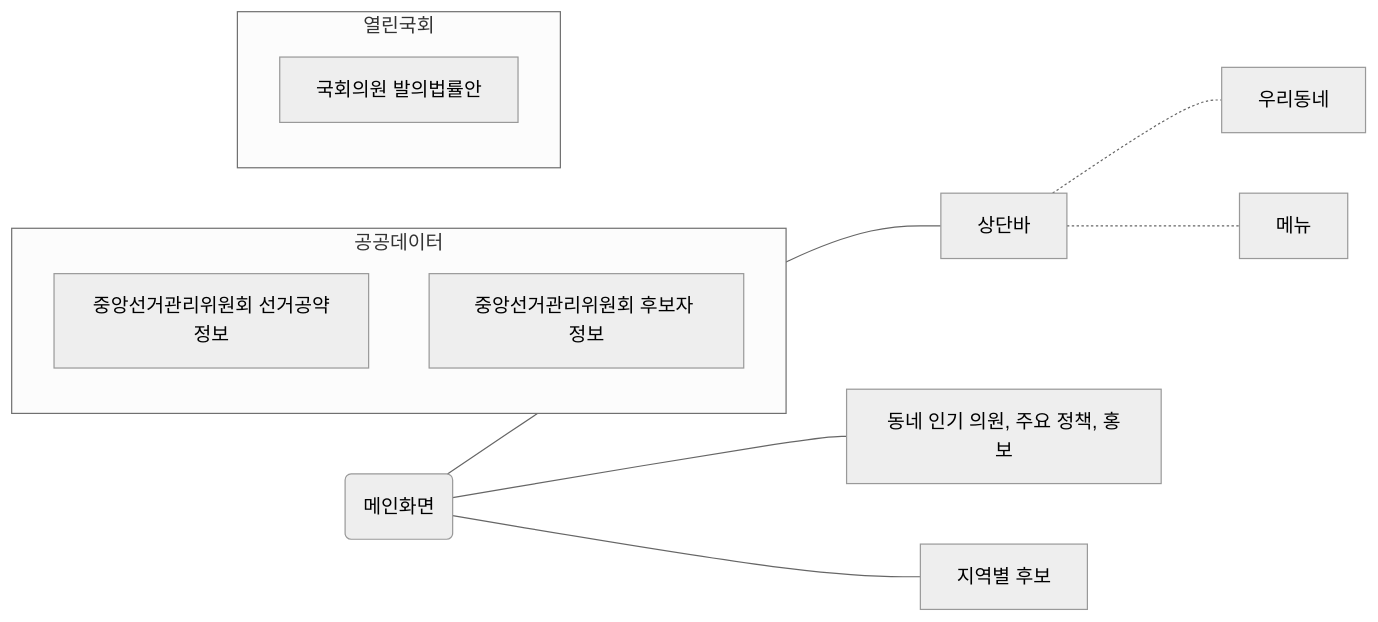
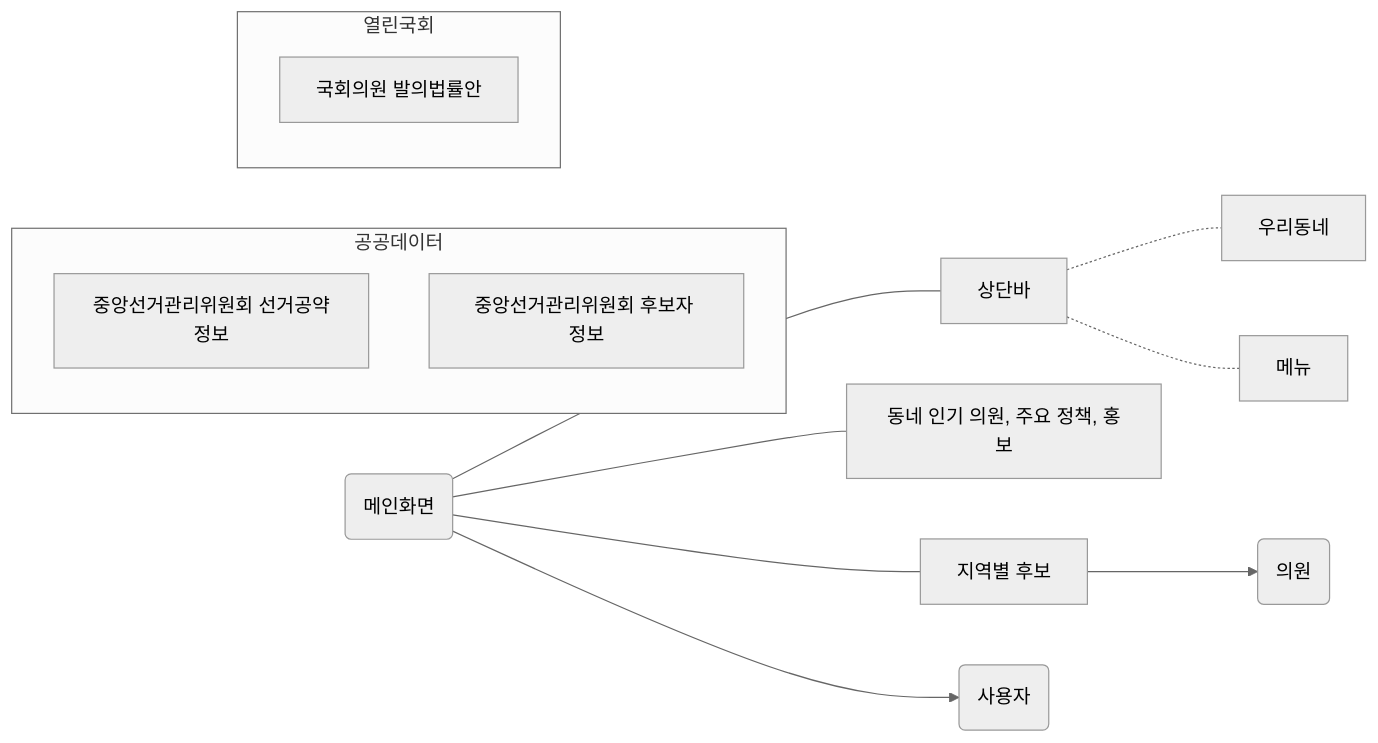
Before and after one commit to asiaticblackbear/daily-next: the diagram in flow.md, drawn with Mermaid (neutral theme). The commit also changed other lines of this file, not shown here.

`````diff
--- a/flow.md
+++ b/flow.md
@@ -12,31 +20,38 @@
 ````mermaid
 flowchart LR
+    
     home(메인화면)
     appbar[상단바]
         appbarLocate[우리동네]
         appbarMenu[메뉴]
         
     
     advertise[동네 인기 의원, 주요 정책, 홍보]
     list[지역별 후보]
     
-    home---appbar
-    home---advertise
-    home---list
-        appbar -.- appbarLocate
-        appbar -.- appbarMenu
 
+    home --- appbar
+    home --- advertise
+    home --- list
+    appbar -.- appbarLocate
+    appbar -.- appbarMenu
     
+    home --> user
+    list --> member
+    
+    member(의원)
+    
+    user(사용자)
     
     subgraph "공공데이터"
         direction BT
         data2[중앙선거관리위원회 선거공약정보]
         data3[중앙선거관리위원회 후보자 정보]
     end
     
     subgraph "열린국회"
         direction BT
         data1[국회의원 발의법률안]
     end
 
 ````
`````
